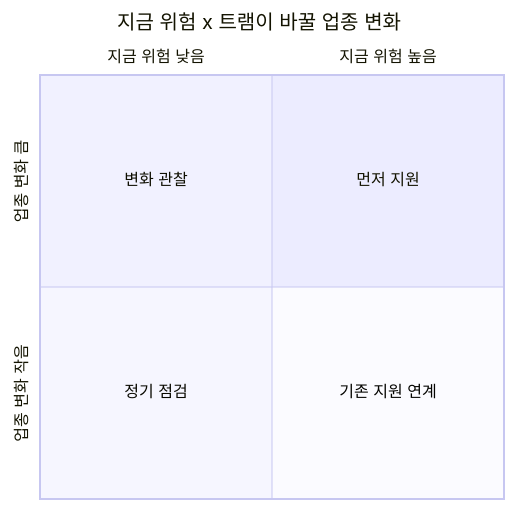
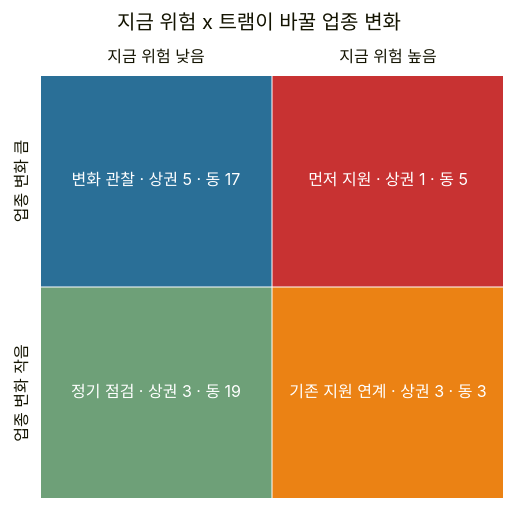
One commit to KangSeungWan/Commercial-Area-Analysis changed the first of 4 diagrams in README.md. Above: the diagram before and after it, drawn with Mermaid. The commit also changed other lines of this file and 1 other file, not shown here.

Commit message:
README Mermaid 다듬기: 4칸 색, AI 숫자 대조 흐름도, 시스템 구조 간결화

````diff
--- a/README.md
+++ b/README.md
@@ -62,10 +62,11 @@
 ```mermaid
+%%{init: {"themeVariables": {"quadrant1Fill": "#c83232", "quadrant2Fill": "#2a6f97", "quadrant3Fill": "#6ea078", "quadrant4Fill": "#eb8214", "quadrant1TextFill": "#ffffff", "quadrant2TextFill": "#ffffff", "quadrant3TextFill": "#ffffff", "quadrant4TextFill": "#ffffff", "quadrantInternalBorderStrokeFill": "#ffffff", "quadrantExternalBorderStrokeFill": "#ffffff"}}}%%
 quadrantChart
     title 지금 위험 x 트램이 바꿀 업종 변화
     x-axis 지금 위험 낮음 --> 지금 위험 높음
     y-axis 업종 변화 작음 --> 업종 변화 큼
-    quadrant-1 먼저 지원
-    quadrant-2 변화 관찰
-    quadrant-3 정기 점검
-    quadrant-4 기존 지원 연계
+    quadrant-1 먼저 지원 · 상권 1 · 동 5
+    quadrant-2 변화 관찰 · 상권 5 · 동 17
+    quadrant-3 정기 점검 · 상권 3 · 동 19
+    quadrant-4 기존 지원 연계 · 상권 3 · 동 3
 ```
````
